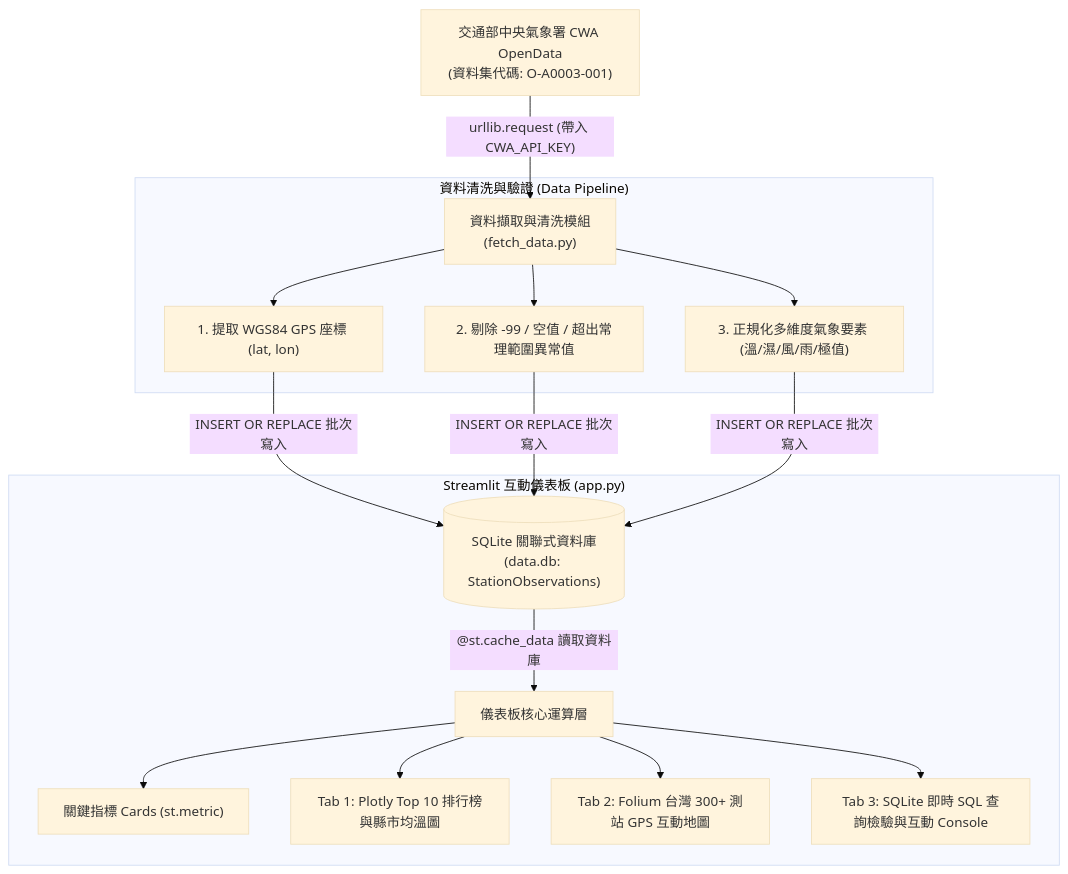
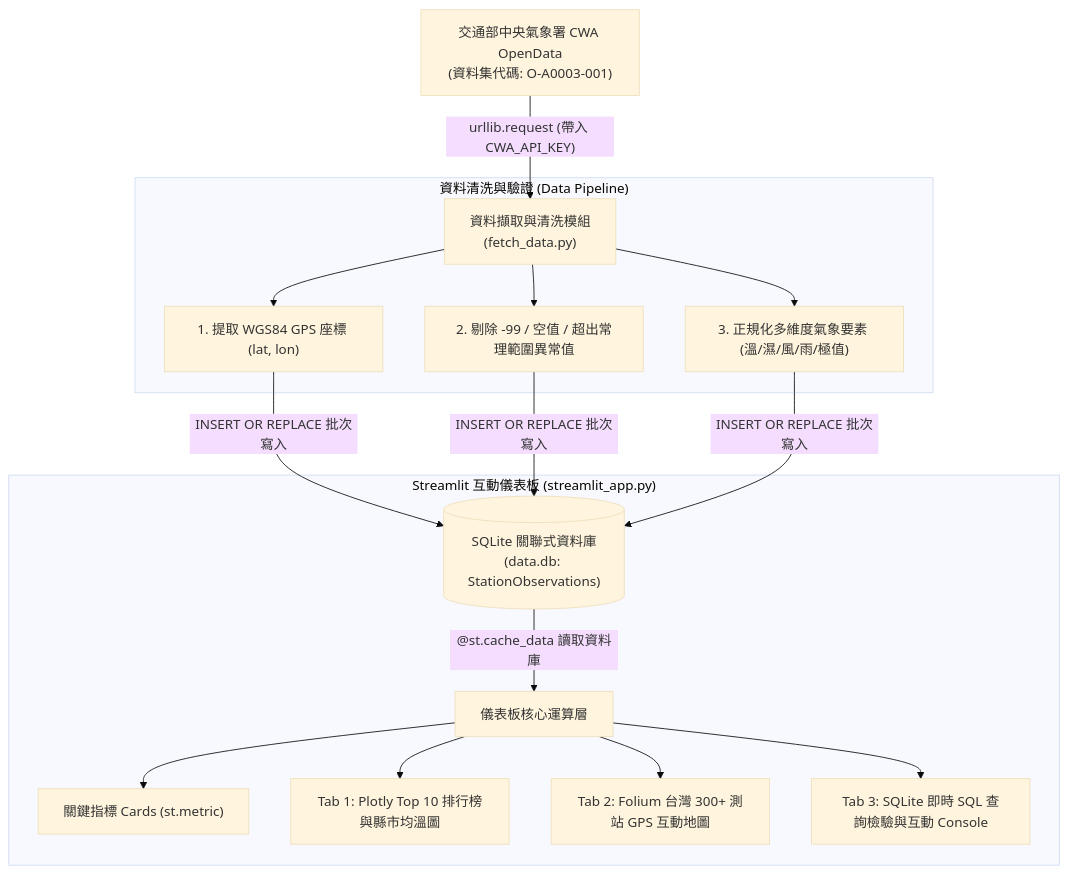
One commit to Jurass4207/AIoT_L3_CWA_HW1 changed the diagram in README.md. Above: the diagram before and after it, drawn with Mermaid (base theme). The commit also changed other lines of this file and 4 other files, not shown here.

Commit message:
fix(vercel): rename app.py to streamlit_app.py and optimize requirements for serverless build

````diff
--- a/README.md
+++ b/README.md
@@ -55,20 +55,20 @@
 ```mermaid
 flowchart TD
     A["交通部中央氣象署 CWA OpenData<br/>(資料集代碼: O-A0003-001)"] -->|"urllib.request (帶入 CWA_API_KEY)"| B["資料擷取與清洗模組<br/>(fetch_data.py)"]
     
     subgraph Data_Pipeline ["資料清洗與驗證 (Data Pipeline)"]
         B --> C["1. 提取 WGS84 GPS 座標 (lat, lon)"]
         B --> D["2. 剔除 -99 / 空值 / 超出常理範圍異常值"]
         B --> E["3. 正規化多維度氣象要素 (溫/濕/風/雨/極值)"]
     end
 
     C & D & E -->|"INSERT OR REPLACE 批次寫入"| F[("SQLite 關聯式資料庫<br/>(data.db: StationObservations)")]
 
-    subgraph Dashboard ["Streamlit 互動儀表板 (app.py)"]
+    subgraph Dashboard ["Streamlit 互動儀表板 (streamlit_app.py)"]
         F -->|"@st.cache_data 讀取資料庫"| G["儀表板核心運算層"]
         G --> H["關鍵指標 Cards (st.metric)"]
         G --> I["Tab 1: Plotly Top 10 排行榜與縣市均溫圖"]
         G --> J["Tab 2: Folium 台灣 300+ 測站 GPS 互動地圖"]
         G --> K["Tab 3: SQLite 即時 SQL 查詢檢驗與互動 Console"]
     end
 ```
````
